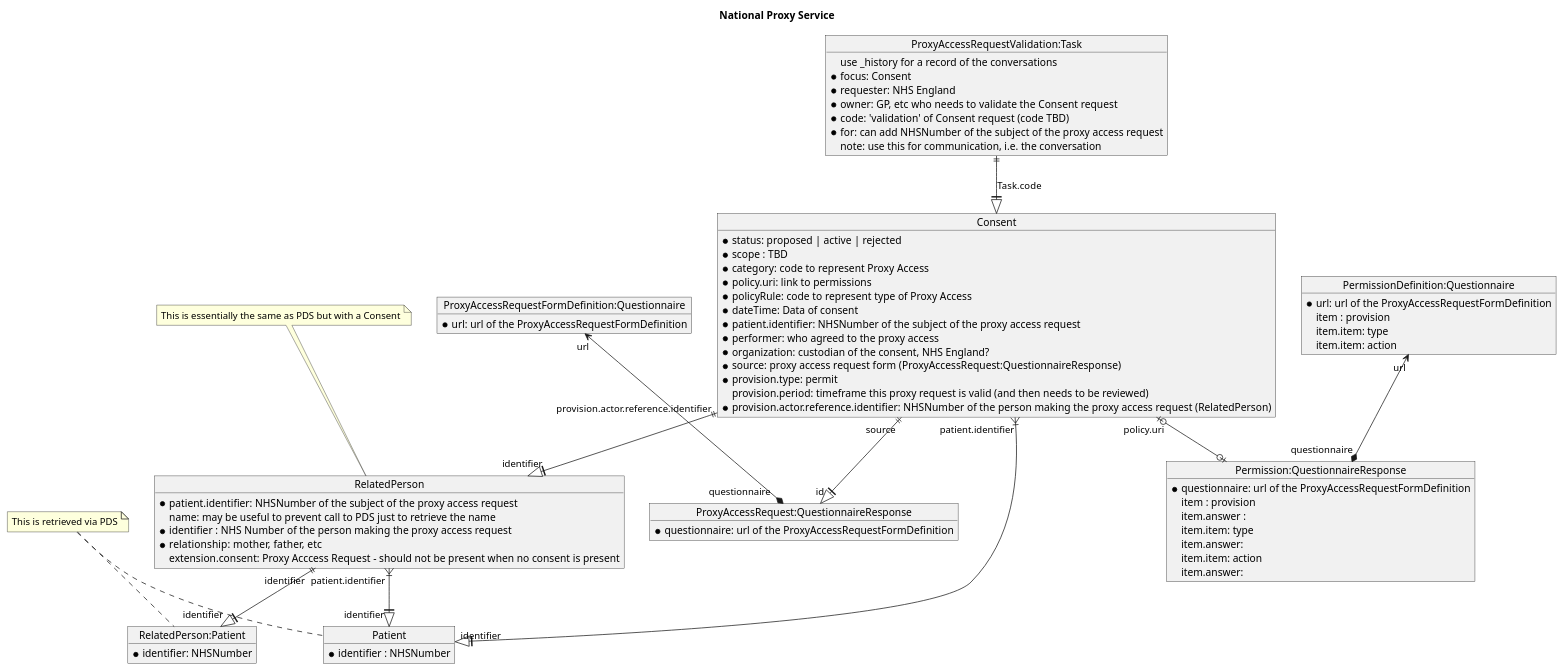
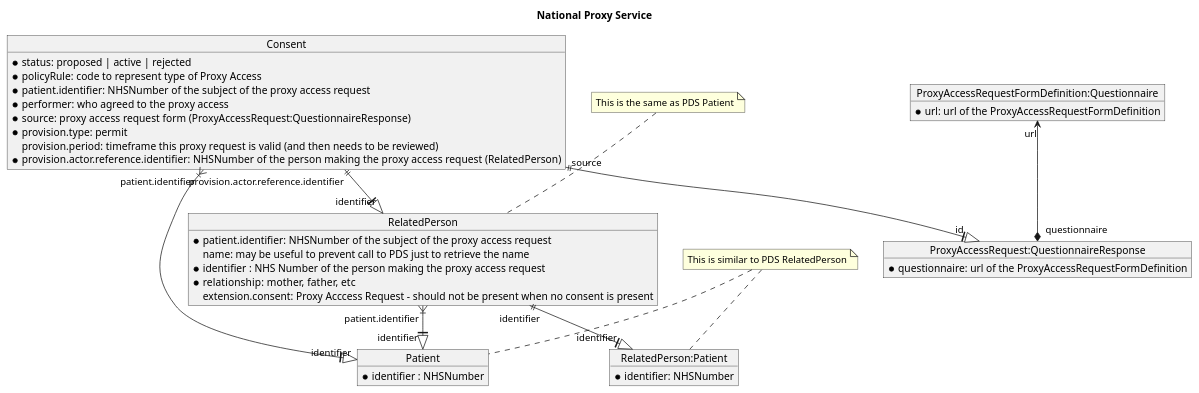
The diagram in input/images-source/national-proxy-service-relationship.plantuml (NHSDigital/interoperability-standards-documentation), drawn with PlantUML before and after one commit. The commit also changed 731 other files, not shown here.

```diff
--- a/input/images-source/national-proxy-service-relationship.plantuml
+++ b/input/images-source/national-proxy-service-relationship.plantuml
@@ -1,94 +1,60 @@
 @startuml
 
 
 title National Proxy Service
 
 object Consent {
   * status: proposed | active | rejected
-  * scope : TBD
-  * category: code to represent Proxy Access
-  * policy.uri: link to permissions
   * policyRule: code to represent type of Proxy Access
-  * dateTime: Data of consent
   * patient.identifier: NHSNumber of the subject of the proxy access request
   * performer: who agreed to the proxy access
-  * organization: custodian of the consent, NHS England?
+
   * source: proxy access request form (ProxyAccessRequest:QuestionnaireResponse)
   * provision.type: permit
   provision.period: timeframe this proxy request is valid (and then needs to be reviewed)
   * provision.actor.reference.identifier: NHSNumber of the person making the proxy access request (RelatedPerson)
 }
 
 object RelatedPerson {
   * patient.identifier: NHSNumber of the subject of the proxy access request
   name: may be useful to prevent call to PDS just to retrieve the name
   * identifier : NHS Number of the person making the proxy access request
   * relationship: mother, father, etc
   extension.consent: Proxy Acccess Request - should not be present when no consent is present
 }
 
 object Patient {
   * identifier : NHSNumber
 }
 
 object "RelatedPerson:Patient" as p1 {
   * identifier: NHSNumber
 }
 
-
-object "ProxyAccessRequestValidation:Task" as task1 {
-    use _history for a record of the conversations
-    * focus: Consent
-    * requester: NHS England
-    * owner: GP, etc who needs to validate the Consent request
-    * code: 'validation' of Consent request (code TBD)
-    * for: can add NHSNumber of the subject of the proxy access request
-    note: use this for communication, i.e. the conversation
-}
-
 object "ProxyAccessRequest:QuestionnaireResponse" as qr1 {
     * questionnaire: url of the ProxyAccessRequestFormDefinition
 }
 
 object "ProxyAccessRequestFormDefinition:Questionnaire" as q1 {
     * url: url of the ProxyAccessRequestFormDefinition
 }
 
-object "PermissionDefinition:Questionnaire" as permissionDefinition {
-    * url: url of the ProxyAccessRequestFormDefinition
-    item : provision
-    item.item: type
-    item.item: action
-}
-
-object "Permission:QuestionnaireResponse" as permission {
-    * questionnaire: url of the ProxyAccessRequestFormDefinition
-    item : provision
-    item.answer :
-    item.item: type
-    item.answer:
-    item.item: action
-    item.answer:
-}
 
 Consent "provision.actor.reference.identifier" ||--||> "identifier" RelatedPerson
 Consent "patient.identifier" }|--||> "identifier" Patient
 Consent "source" ||--||> "id" qr1
-Consent "policy.uri" |o--o| permission
 
 RelatedPerson "identifier" ||--||> "identifier" p1
 RelatedPerson "patient.identifier" }|--||> "identifier" Patient
 
 q1 "url"  <--* "questionnaire" qr1
-permissionDefinition "url"  <--* "questionnaire" permission
 
-task1 ||--||> Consent: Task.code
 
-note "This is essentially the same as PDS but with a Consent" as PDSOverlap
-note "This is retrieved via PDS" as PDS
+note "This is the same as PDS Patient" as PDSOverlap
+note "This is similar to PDS RelatedPerson" as PDS
 
 PDS .. Patient
 PDS .. p1
 PDSOverlap .. RelatedPerson
 
 @enduml
```
